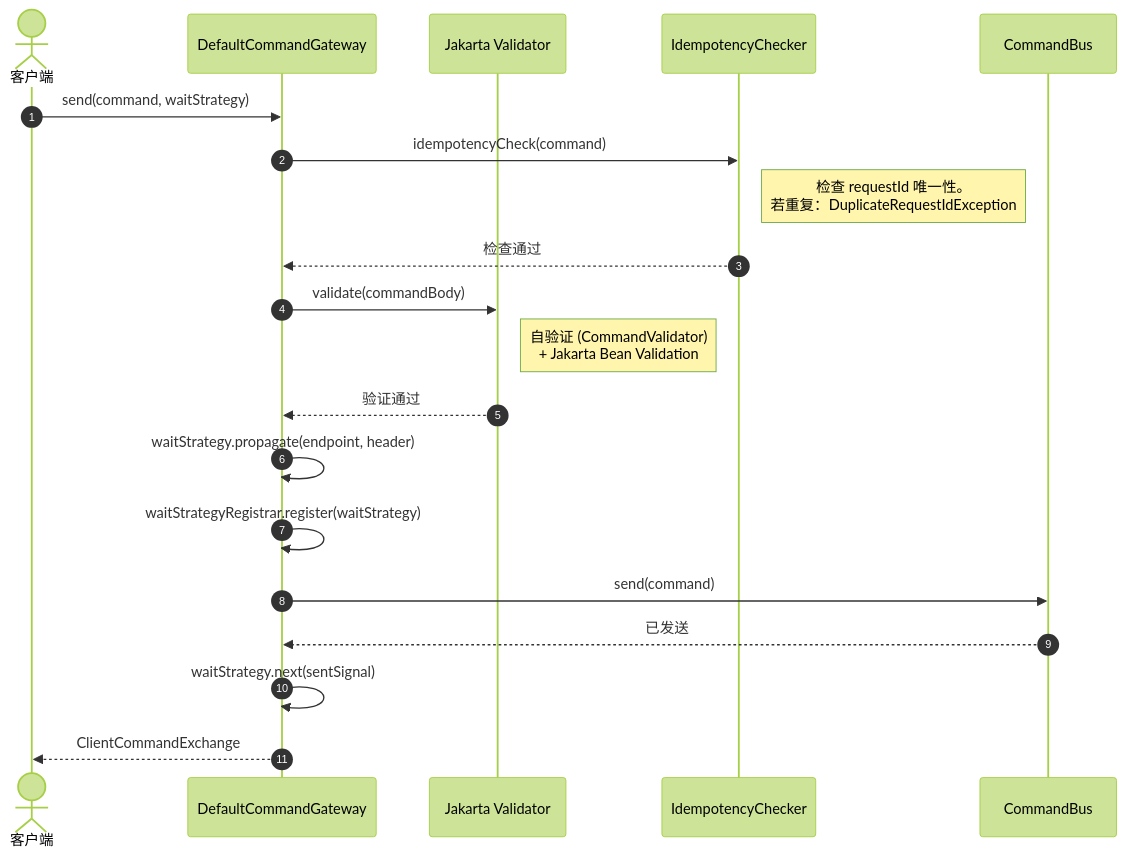
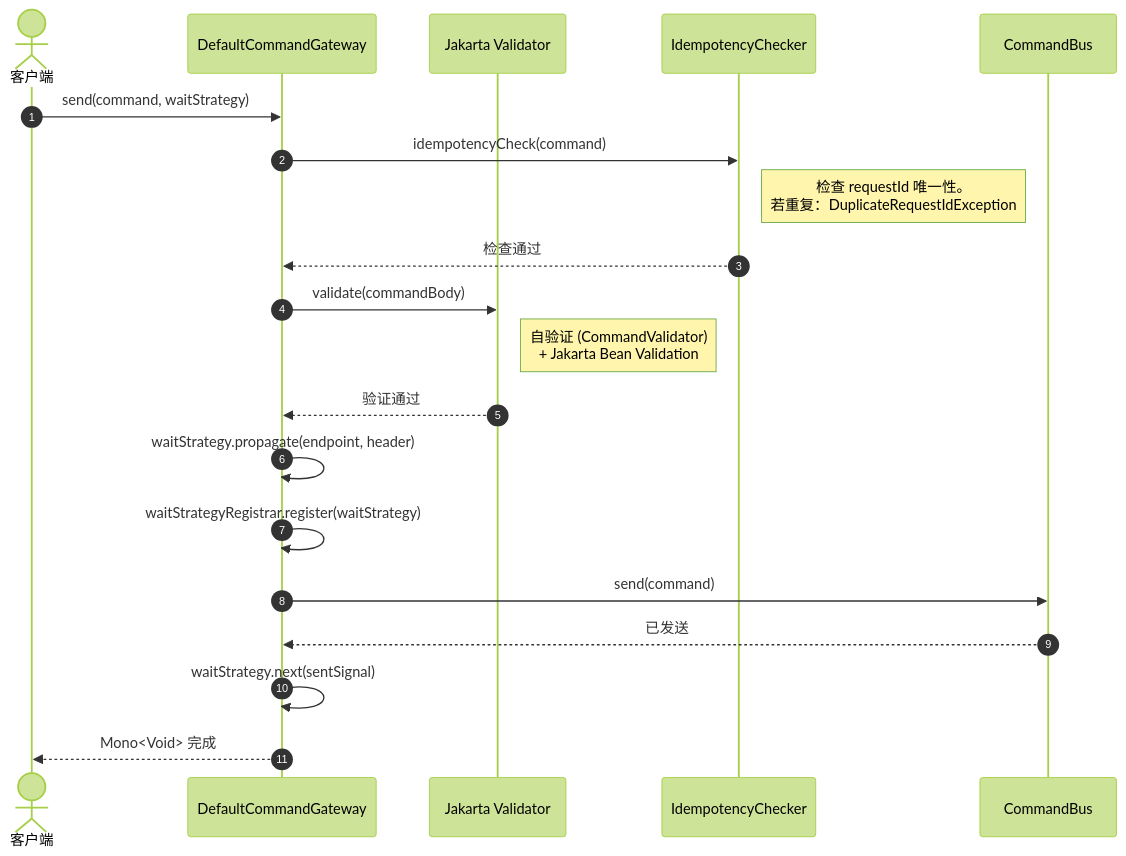
One commit to Ahoo-Wang/Wow changed the second of 10 diagrams in documentation/docs/zh/guide/advanced/data-flow.md. Above: the diagram before and after it, drawn with Mermaid (forest theme). The commit also changed 7 other files, not shown here.

````diff
--- a/documentation/docs/zh/guide/advanced/data-flow.md
+++ b/documentation/docs/zh/guide/advanced/data-flow.md
@@ -40,25 +40,25 @@
 ```mermaid
 sequenceDiagram
     autonumber
     actor Client as 客户端
     participant CG as DefaultCommandGateway
     participant Validator as Jakarta Validator
     participant Idempotency as IdempotencyChecker
     participant CB as CommandBus
 
     Client->>CG: send(command, waitStrategy)
     CG->>Idempotency: idempotencyCheck(command)
     Note right of Idempotency: 检查 requestId 唯一性。<br>若重复：DuplicateRequestIdException
     Idempotency-->>CG: 检查通过
     CG->>Validator: validate(commandBody)
     Note right of Validator: 自验证 (CommandValidator)<br>+ Jakarta Bean Validation
     Validator-->>CG: 验证通过
     CG->>CG: waitStrategy.propagate(endpoint, header)
     CG->>CG: waitStrategyRegistrar.register(waitStrategy)
     CG->>CB: send(command)
     CB-->>CG: 已发送
     CG->>CG: waitStrategy.next(sentSignal)
-    CG-->>Client: ClientCommandExchange
+    CG-->>Client: Mono<Void> 完成
 
 
 ```
````
